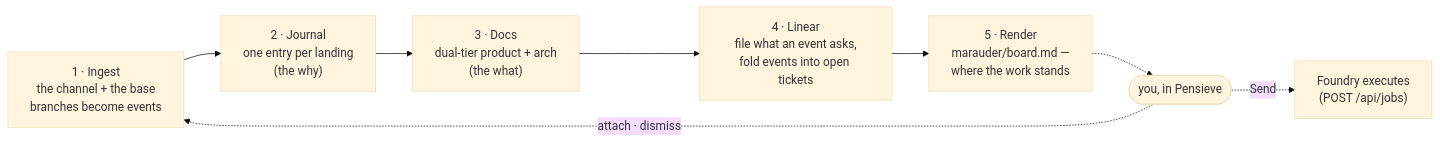
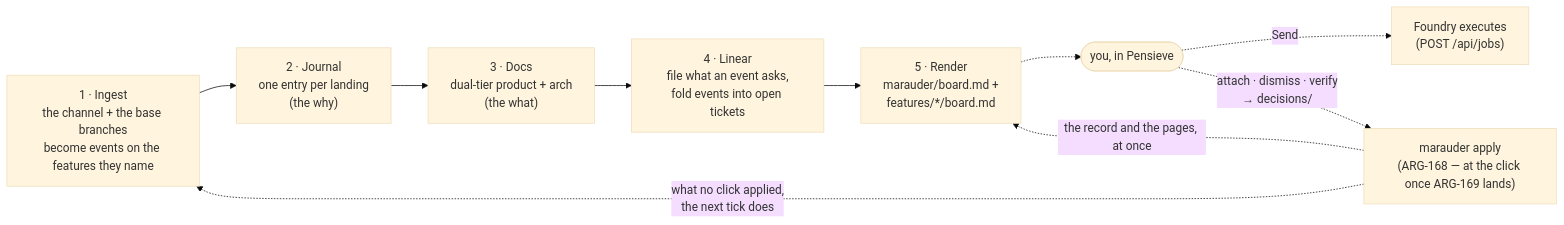
One commit to d0nwong/citadel changed the first of 4 diagrams in apps/argus/README.md. Above: the diagram before and after it, drawn with Mermaid (base theme). The commit also changed other lines of this file, not shown here.

First line of the commit message:
docs: README's loop diagrams and rows by feature, with marauder apply landed

````diff
--- a/apps/argus/README.md
+++ b/apps/argus/README.md
@@ -38,15 +46,18 @@
 ```mermaid
 flowchart LR
-    ingest["1 · Ingest<br/>the channel + the base<br/>branches become events"]
+    ingest["1 · Ingest<br/>the channel + the base branches<br/>become events on the features they name"]
     journal["2 · Journal<br/>one entry per landing<br/>(the why)"]
     docs["3 · Docs<br/>dual-tier product + arch<br/>(the what)"]
     tickets["4 · Linear<br/>file what an event asks,<br/>fold events into open tickets"]
-    board["5 · Render<br/>marauder/board.md —<br/>where the work stands"]
+    board["5 · Render<br/>marauder/board.md +<br/>features/*/board.md"]
     decide(["you, in Pensieve"])
+    apply["marauder apply<br/>(ARG-168 — at the click once ARG-169 lands)"]
     foundry["Foundry executes<br/>(POST /api/jobs)"]
 
     ingest --> journal --> docs --> tickets --> board
     board -.-> decide
     decide -. "Send" .-> foundry
-    decide -. "attach · dismiss" .-> ingest
+    decide -. "attach · dismiss · verify<br/>→ decisions/" .-> apply
+    apply -. "the record and the pages, at once" .-> board
+    apply -. "what no click applied,<br/>the next tick does" .-> ingest
 ```
````
